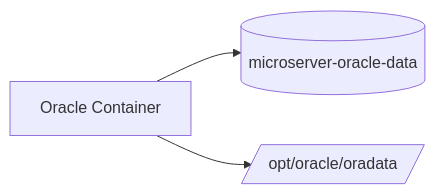
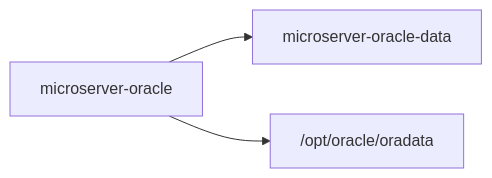
One commit to Team-Microserver/microserver-docs changed the second of 4 diagrams in docs/01_project_start/02_environment/database/oracle_database_free_setup.md. Above: the diagram before and after it, drawn with Mermaid. The commit also changed other lines of this file and 6 other files, not shown here.

````diff
--- a/docs/01_project_start/02_environment/database/oracle_database_free_setup.md
+++ b/docs/01_project_start/02_environment/database/oracle_database_free_setup.md
@@ -412,5 +334,6 @@
 ```mermaid
 flowchart LR
-    C[Oracle Container] --> V[(microserver-oracle-data)]
-    C --> P[/opt/oracle/oradata/]
+    C["microserver-oracle"]
+    --> V["microserver-oracle-data"]
+    C --> P["/opt/oracle/oradata"]
 ```
````
